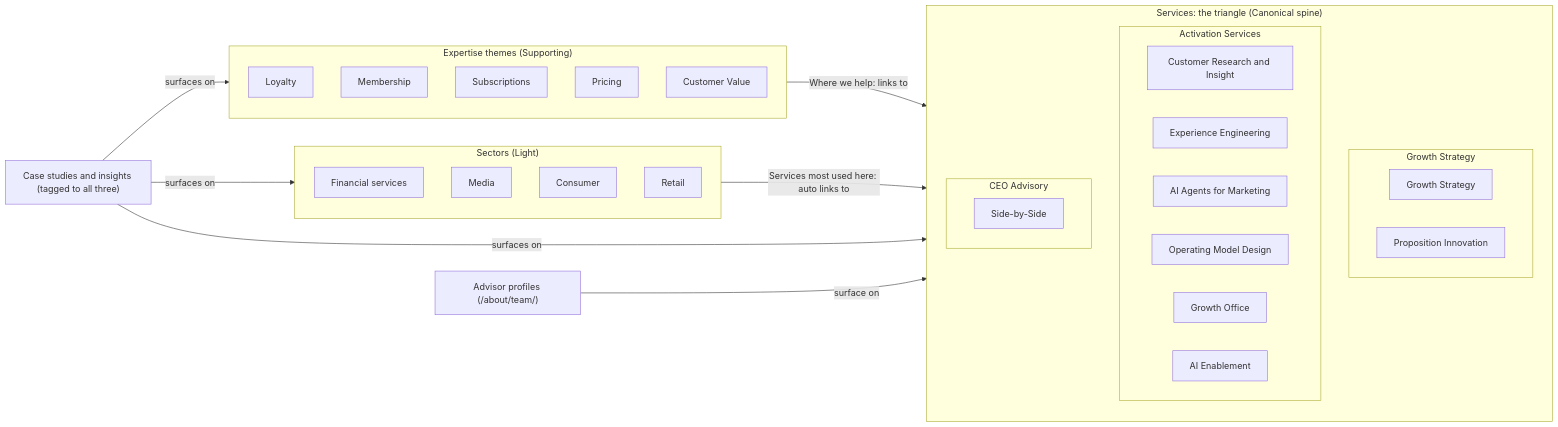
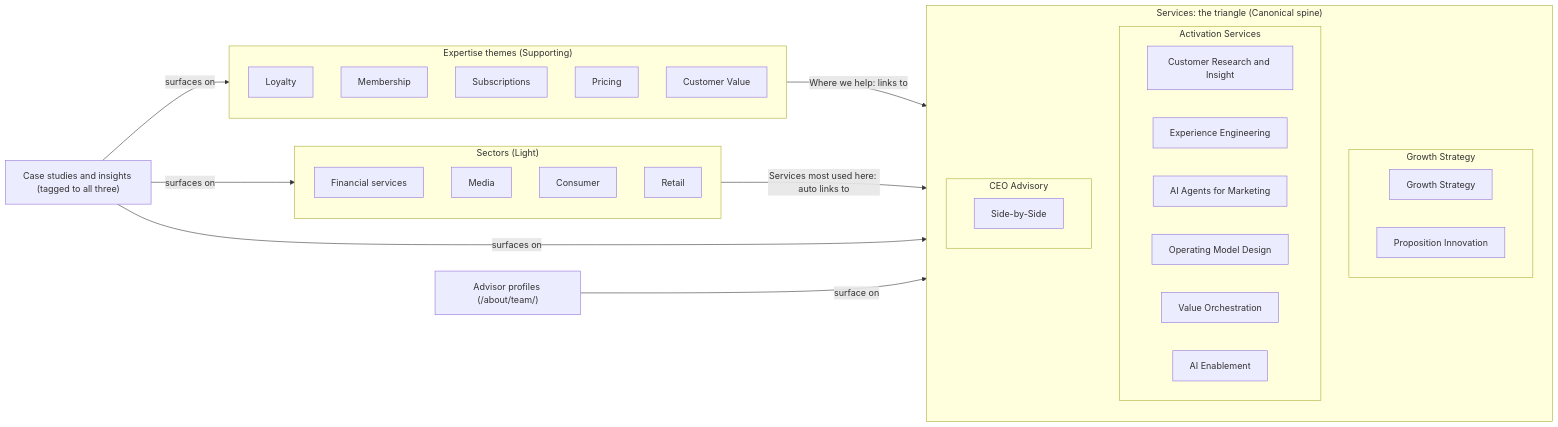
The second of 3 diagrams in docs/diagrams/sitemap.md (gsdd/temp-manifesto-ia), drawn with Mermaid before and after one commit. The commit also changed other lines of this file and 19 other files, not shown here.

````diff
--- a/docs/diagrams/sitemap.md
+++ b/docs/diagrams/sitemap.md
@@ -86,46 +87,46 @@
 ```mermaid
 flowchart LR
     subgraph Services["Services: the triangle (Canonical spine)"]
         direction TB
         subgraph P1["Growth Strategy"]
             GS["Growth Strategy"]
             PI["Proposition Innovation"]
         end
         subgraph P2["Activation Services"]
             CI["Customer Research and Insight"]
             EE["Experience Engineering"]
             DA["AI Agents for Marketing"]
             OA["Operating Model Design"]
-            GO["Growth Office"]
+            GO["Value Orchestration"]
             AI["AI Enablement"]
         end
         subgraph P3["CEO Advisory"]
             SxS["Side-by-Side"]
         end
     end
 
     subgraph Themes["Expertise themes (Supporting)"]
         L["Loyalty"]
         M["Membership"]
         Sub["Subscriptions"]
         P["Pricing"]
         CV["Customer Value"]
     end
 
     subgraph Sectors["Sectors (Light)"]
         FS["Financial services"]
         Med["Media"]
         Con["Consumer"]
         Ret["Retail"]
     end
 
     Proof["Case studies and insights (tagged to all three)"]
     Advisors["Advisor profiles (/about/team/)"]
 
     Themes -- "Where we help: links to" --> Services
     Sectors -- "Services most used here: auto links to" --> Services
     Proof -- "surfaces on" --> Services
     Proof -- "surfaces on" --> Themes
     Proof -- "surfaces on" --> Sectors
     Advisors -- "surface on" --> P3
 ```
````
